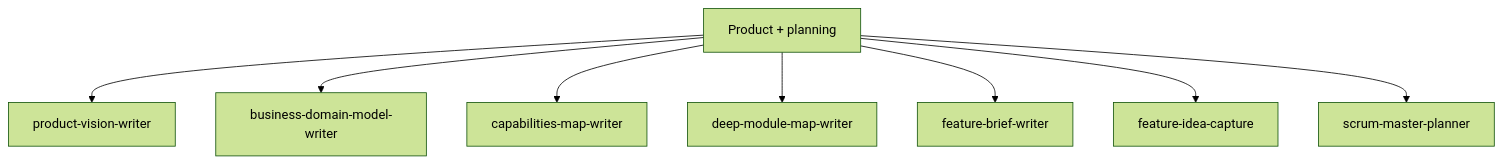
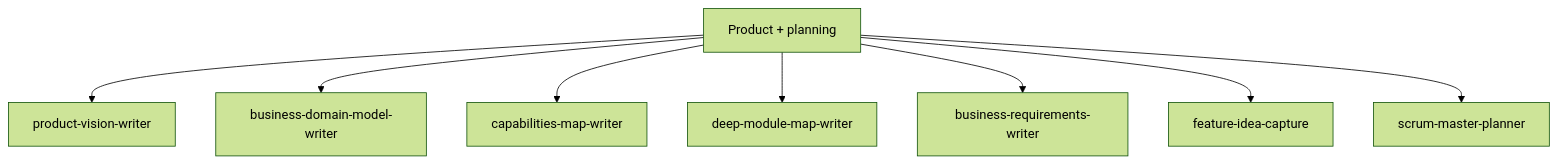
Before and after one commit to juank11memphis/ai-augmented-workflow: the second of 5 diagrams in README.md, drawn with Mermaid (forest theme). The commit also changed other lines of this file and 35 other files, not shown here.

````diff
--- a/README.md
+++ b/README.md
@@ -151,11 +151,11 @@
 ```mermaid
 flowchart TB
   product["Product + planning"]
   product --> productVision["product-vision-writer"]
   product --> businessDomainModel["business-domain-model-writer"]
   product --> capabilitiesMap["capabilities-map-writer"]
   product --> deepModuleMap["deep-module-map-writer"]
-  product --> featureBrief["feature-brief-writer"]
+  product --> featureBrief["business-requirements-writer"]
   product --> featureIdea["feature-idea-capture"]
   product --> scrumPlanner["scrum-master-planner"]
 ```
````
